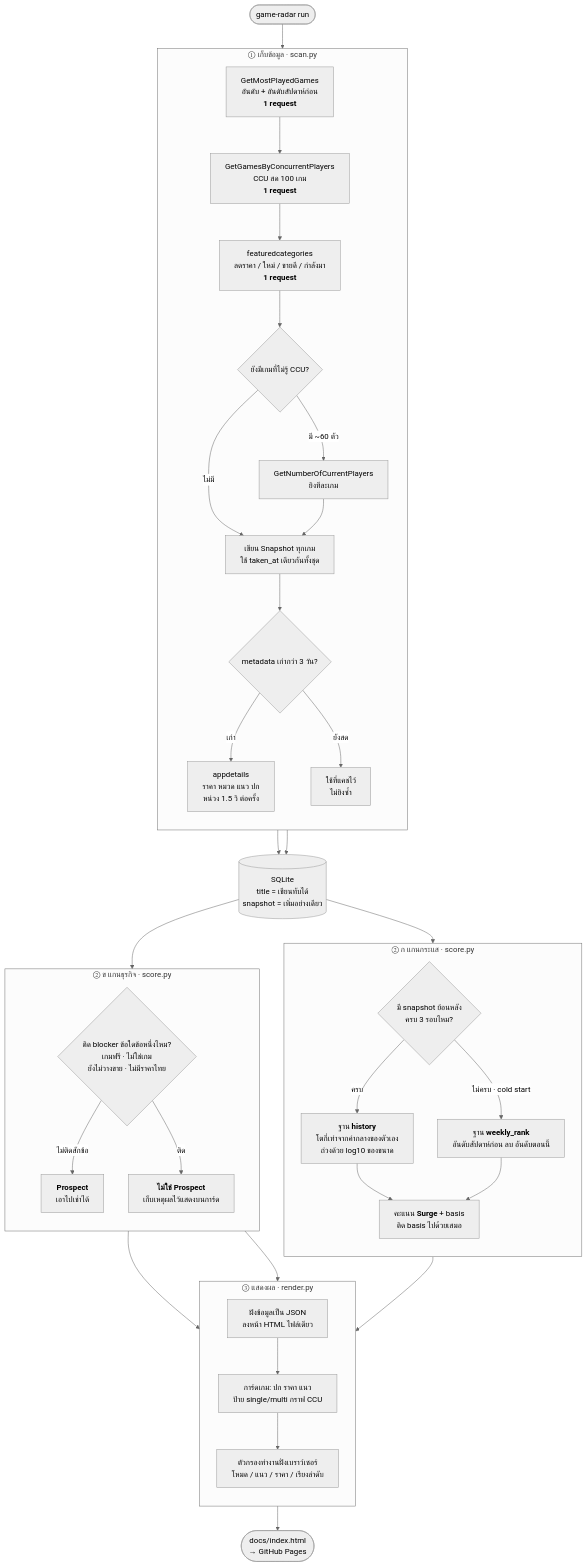
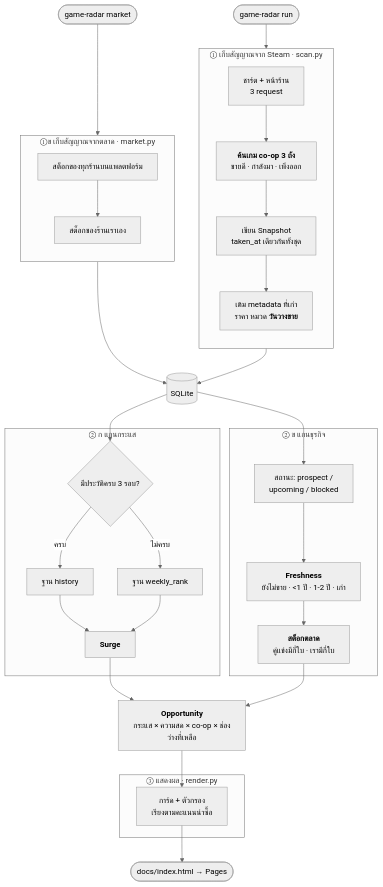
One commit to Dolopert/TrendGame changed the diagram in README.md. Above: the diagram before and after it, drawn with Mermaid (neutral theme). The commit also changed other lines of this file and 9 other files, not shown here.

First line of the commit message:
v2: เปลี่ยนจากไล่เกมดัง เป็นหาเกม co-op ที่กำลังมาและคู่แข่งยังไม่สต็อก

````diff
--- a/README.md
+++ b/README.md
@@ -59,53 +73,50 @@
 ```mermaid
 flowchart TD
     Start(["game-radar run"]) --> C1
+    MStart(["game-radar market"]) --> M1
 
-    subgraph C ["① เก็บข้อมูล · scan.py"]
+    subgraph C ["① เก็บสัญญาณจาก Steam · scan.py"]
         direction TB
-        C1["GetMostPlayedGames<br>อันดับ + อันดับสัปดาห์ก่อน<br><b>1 request</b>"]
-        C2["GetGamesByConcurrentPlayers<br>CCU สด 100 เกม<br><b>1 request</b>"]
-        C3["featuredcategories<br>ลดราคา / ใหม่ / ขายดี / กำลังมา<br><b>1 request</b>"]
-        C1 --> C2 --> C3 --> C4{"ยังมีเกมที่ไม่รู้ CCU?"}
-        C4 -- "มี ~60 ตัว" --> C5["GetNumberOfCurrentPlayers<br>ยิงทีละเกม"]
-        C4 -- "ไม่มี" --> C6
-        C5 --> C6["เขียน Snapshot ทุกเกม<br>ใช้ taken_at เดียวกันทั้งชุด"]
-        C6 --> C7{"metadata เก่ากว่า 3 วัน?"}
-        C7 -- "เก่า" --> C8["appdetails<br>ราคา หมวด แนว ปก<br>หน่วง 1.5 วิ ต่อครั้ง"]
-        C7 -- "ยังสด" --> C9["ใช้ที่แคชไว้<br>ไม่ยิงซ้ำ"]
+        C1["ชาร์ต + หน้าร้าน<br>3 request"]
+        C2["<b>ค้นเกม co-op 3 ถัง</b><br>ขายดี · กำลังมา · เพิ่งออก"]
+        C1 --> C2 --> C3["เขียน Snapshot<br>taken_at เดียวกันทั้งชุด"]
+        C3 --> C4["เติม metadata ที่เก่า<br>ราคา หมวด <b>วันวางขาย</b>"]
     end
 
-    C8 --> DB[("SQLite<br>title = เขียนทับได้<br>snapshot = เพิ่มอย่างเดียว")]
-    C9 --> DB
+    subgraph M ["①ข เก็บสัญญาณจากตลาด · market.py"]
+        direction TB
+        M1["สต็อกของทุกร้านบนแพลตฟอร์ม"]
+        M1 --> M2["สต็อกของร้านเราเอง"]
+    end
+
+    C4 --> DB[("SQLite")]
+    M2 --> DB
 
     DB --> A1
     DB --> B1
 
-    subgraph A ["② ก แกนกระแส · score.py"]
-        direction TB
-        A1{"มี snapshot ย้อนหลัง<br>ครบ 3 รอบไหม?"}
-        A1 -- "ครบ" --> A2["ฐาน <b>history</b><br>โตกี่เท่าจากค่ากลางของตัวเอง<br>ถ่วงด้วย log10 ของขนาด"]
-        A1 -- "ไม่ครบ · cold start" --> A3["ฐาน <b>weekly_rank</b><br>อันดับสัปดาห์ก่อน ลบ อันดับตอนนี้"]
-        A2 --> A4["คะแนน <b>Surge</b> + basis<br>ติด basis ไปด้วยเสมอ"]
+    subgraph A ["② ก แกนกระแส"]
+        A1{"มีประวัติครบ 3 รอบ?"}
+        A1 -- "ครบ" --> A2["ฐาน history"]
+        A1 -- "ไม่ครบ" --> A3["ฐาน weekly_rank"]
+        A2 --> A4["<b>Surge</b>"]
         A3 --> A4
     end
 
-    subgraph B ["② ข แกนธุรกิจ · score.py"]
-        direction TB
-        B1{"ติด blocker ข้อใดข้อหนึ่งไหม?<br>เกมฟรี · ไม่ใช่เกม<br>ยังไม่วางขาย · ไม่มีราคาไทย"}
-        B1 -- "ไม่ติดสักข้อ" --> B2["<b>Prospect</b><br>เอาไปเช่าได้"]
-        B1 -- "ติด" --> B3["<b>ไม่ใช่ Prospect</b><br>เก็บเหตุผลไว้แสดงบนการ์ด"]
+    subgraph B ["② ข แกนธุรกิจ"]
+        B1["สถานะ: prospect /<br>upcoming / blocked"]
+        B1 --> B2["<b>Freshness</b><br>ยังไม่ขาย · &lt;1 ปี · 1-2 ปี · เก่า"]
+        B2 --> B3["<b>สต็อกตลาด</b><br>คู่แข่งมีกี่ใบ · เรามีกี่ใบ"]
     end
 
-    A4 --> R1
-    B2 --> R1
-    B3 --> R1
+    A4 --> O
+    B3 --> O
+    O["<b>Opportunity</b><br>กระแส × ความสด × co-op × ช่องว่างที่เหลือ"]
+    O --> R1
 
     subgraph R ["③ แสดงผล · render.py"]
-        direction TB
-        R1["ฝังข้อมูลเป็น JSON<br>ลงหน้า HTML ไฟล์เดียว"]
-        R1 --> R2["การ์ดเกม: ปก ราคา แนว<br>ป้าย single/multi กราฟ CCU"]
-        R2 --> R3["ตัวกรองทำงานฝั่งเบราว์เซอร์<br>โหมด / แนว / ราคา / เรียงลำดับ"]
+        R1["การ์ด + ตัวกรอง<br>เรียงตามคะแนนน่าซื้อ"]
     end
 
-    R3 --> Out(["docs/index.html<br>→ GitHub Pages"])
+    R1 --> Out(["docs/index.html → Pages"])
 ```
````
